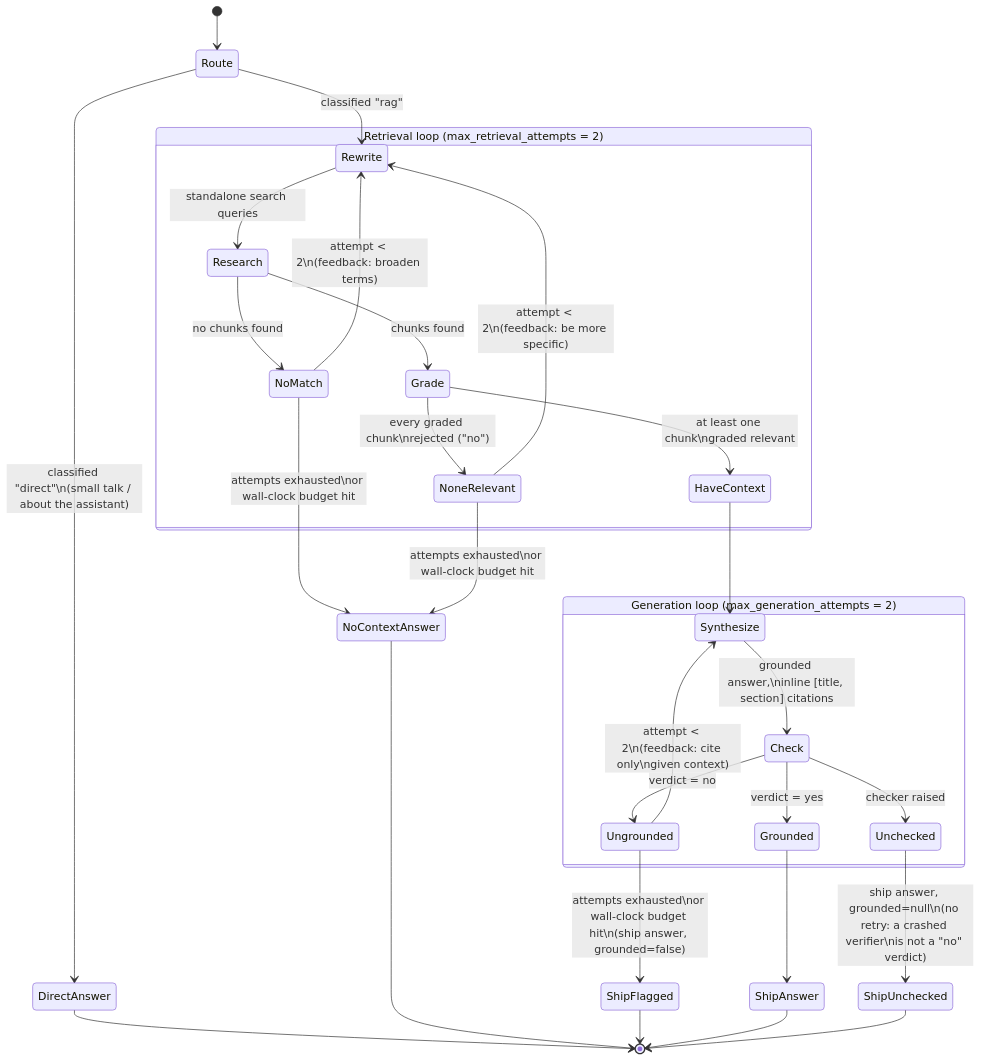
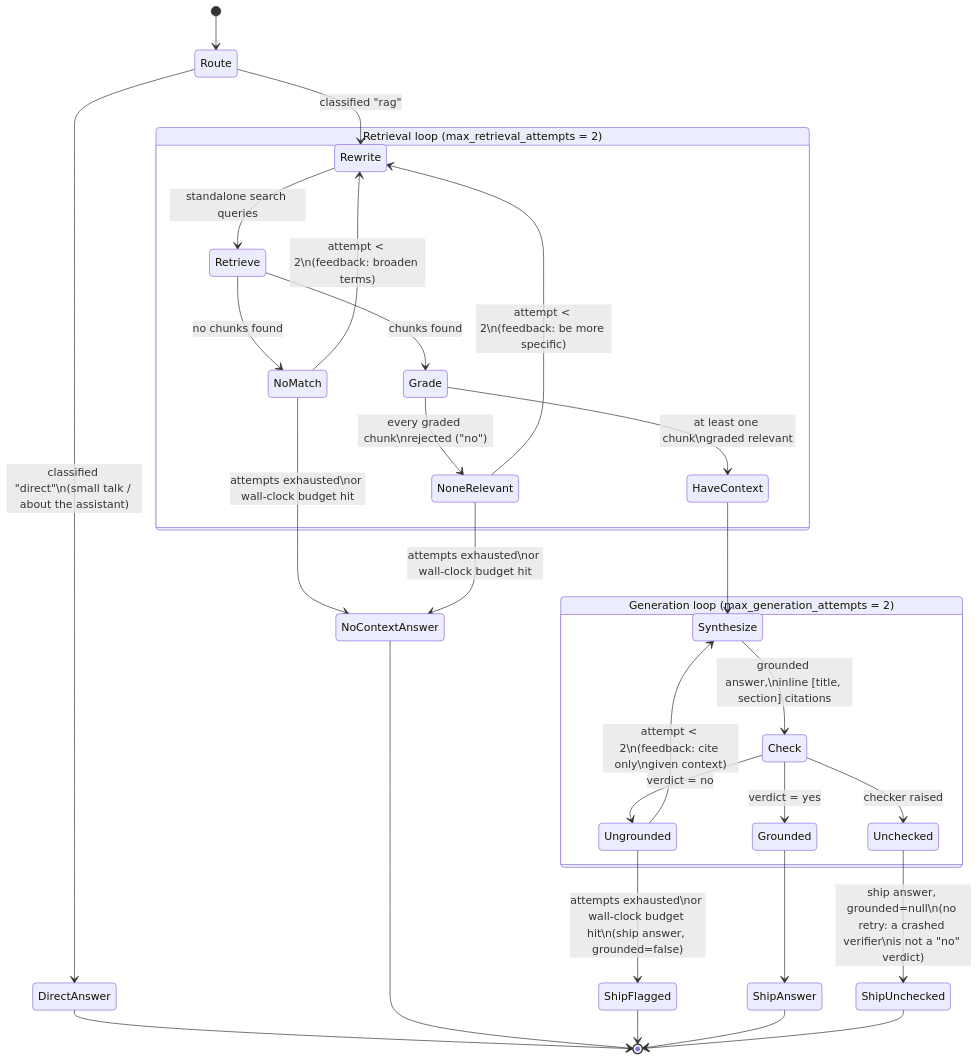
Before and after one commit to spectare007/documind: the third of 4 diagrams in doc/architecture.md, drawn with Mermaid. The commit also changed other lines of this file and 4 other files, not shown here.

````diff
--- a/doc/architecture.md
+++ b/doc/architecture.md
@@ -91,39 +108,39 @@
 ```mermaid
 stateDiagram-v2
     [*] --> Route
     Route --> DirectAnswer: classified "direct"\n(small talk / about the assistant)
     DirectAnswer --> [*]
 
     Route --> Rewrite: classified "rag"
 
     state "Retrieval loop (max_retrieval_attempts = 2)" as RetrievalLoop {
-        Rewrite --> Research: standalone search queries
-        Research --> Grade: chunks found
-        Research --> NoMatch: no chunks found
+        Rewrite --> Retrieve: standalone search queries
+        Retrieve --> Grade: chunks found
+        Retrieve --> NoMatch: no chunks found
         Grade --> HaveContext: at least one chunk\ngraded relevant
         Grade --> NoneRelevant: every graded chunk\nrejected ("no")
     }
 
     NoMatch --> Rewrite: attempt < 2\n(feedback: broaden terms)
     NoneRelevant --> Rewrite: attempt < 2\n(feedback: be more specific)
     NoMatch --> NoContextAnswer: attempts exhausted\nor wall-clock budget hit
     NoneRelevant --> NoContextAnswer: attempts exhausted\nor wall-clock budget hit
     NoContextAnswer --> [*]
 
     HaveContext --> Synthesize
 
     state "Generation loop (max_generation_attempts = 2)" as GenerationLoop {
         Synthesize --> Check: grounded answer,\ninline [title, section] citations
         Check --> Grounded: verdict = yes
         Check --> Ungrounded: verdict = no
         Check --> Unchecked: checker raised
     }
 
     Ungrounded --> Synthesize: attempt < 2\n(feedback: cite only\ngiven context)
     Ungrounded --> ShipFlagged: attempts exhausted\nor wall-clock budget hit\n(ship answer, grounded=false)
     Grounded --> ShipAnswer
     Unchecked --> ShipUnchecked: ship answer, grounded=null\n(no retry: a crashed verifier\nis not a "no" verdict)
     ShipFlagged --> [*]
     ShipAnswer --> [*]
     ShipUnchecked --> [*]
 ```
````
